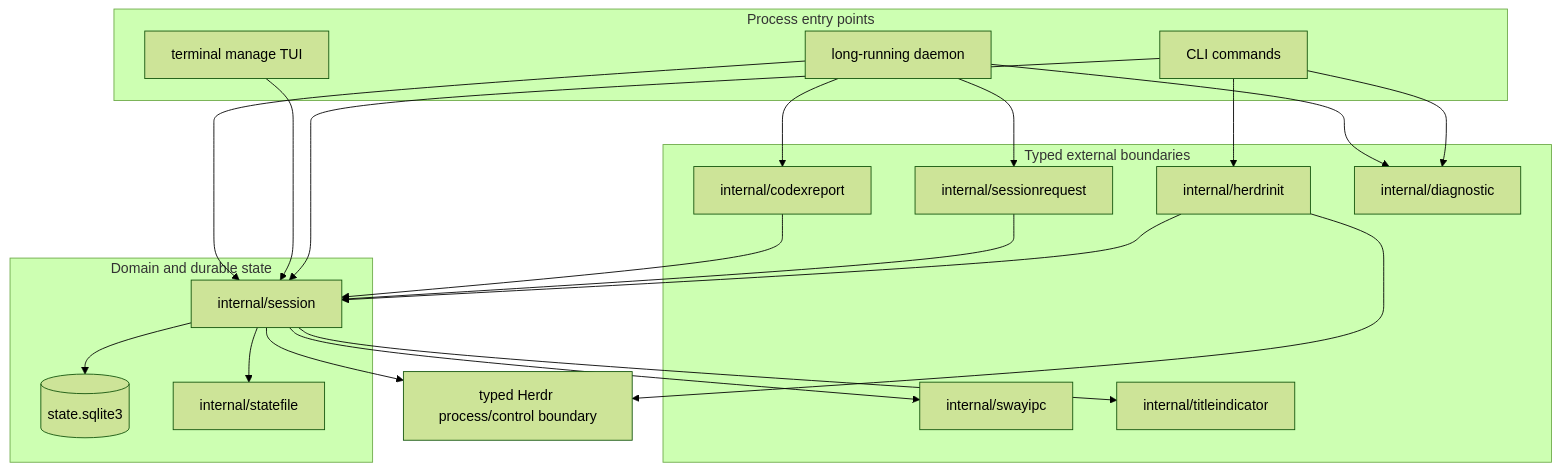
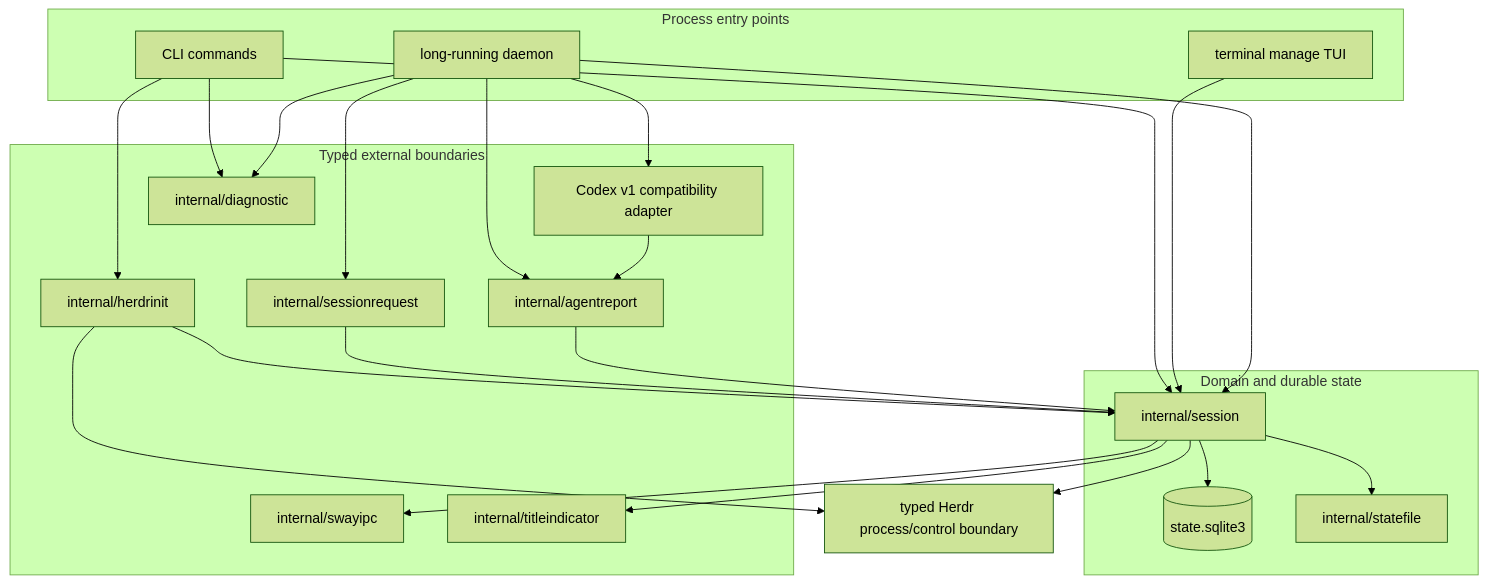
The first of 3 diagrams in docs/sway-session-plan.md (marang/sway-session), drawn with Mermaid (forest theme) before and after one commit. The commit also changed other lines of this file and 35 other files, not shown here.

```diff
--- a/docs/sway-session-plan.md
+++ b/docs/sway-session-plan.md
@@ -43,39 +43,42 @@
 ~~~mermaid
 flowchart TB
     subgraph Entry[Process entry points]
         CLI[CLI commands]
         Daemon[long-running daemon]
         TUI[terminal manage TUI]
     end
     subgraph Core[Domain and durable state]
         Session[internal/session]
         DB[(state.sqlite3)]
         Statefile[internal/statefile]
     end
     subgraph Boundaries[Typed external boundaries]
         IPC[internal/swayipc]
         Init[internal/herdrinit]
         Start[internal/sessionrequest]
-        Codex[internal/codexreport]
+        Report[internal/agentreport]
+        Codex[Codex v1 compatibility adapter]
         Indicator[internal/titleindicator]
         Diagnostic[internal/diagnostic]
     end
     HerdrProcess[typed Herdr process/control boundary]
     CLI --> Session
     TUI --> Session
     Daemon --> Session
     Session --> DB
     Session --> Statefile
     Session --> IPC
     Session --> HerdrProcess
     CLI --> Init
     Init --> Session
     Init --> HerdrProcess
     Daemon --> Start
+    Daemon --> Report
     Daemon --> Codex
     Start --> Session
-    Codex --> Session
+    Codex --> Report
+    Report --> Session
     Session --> Indicator
     CLI --> Diagnostic
     Daemon --> Diagnostic
 ~~~
```
